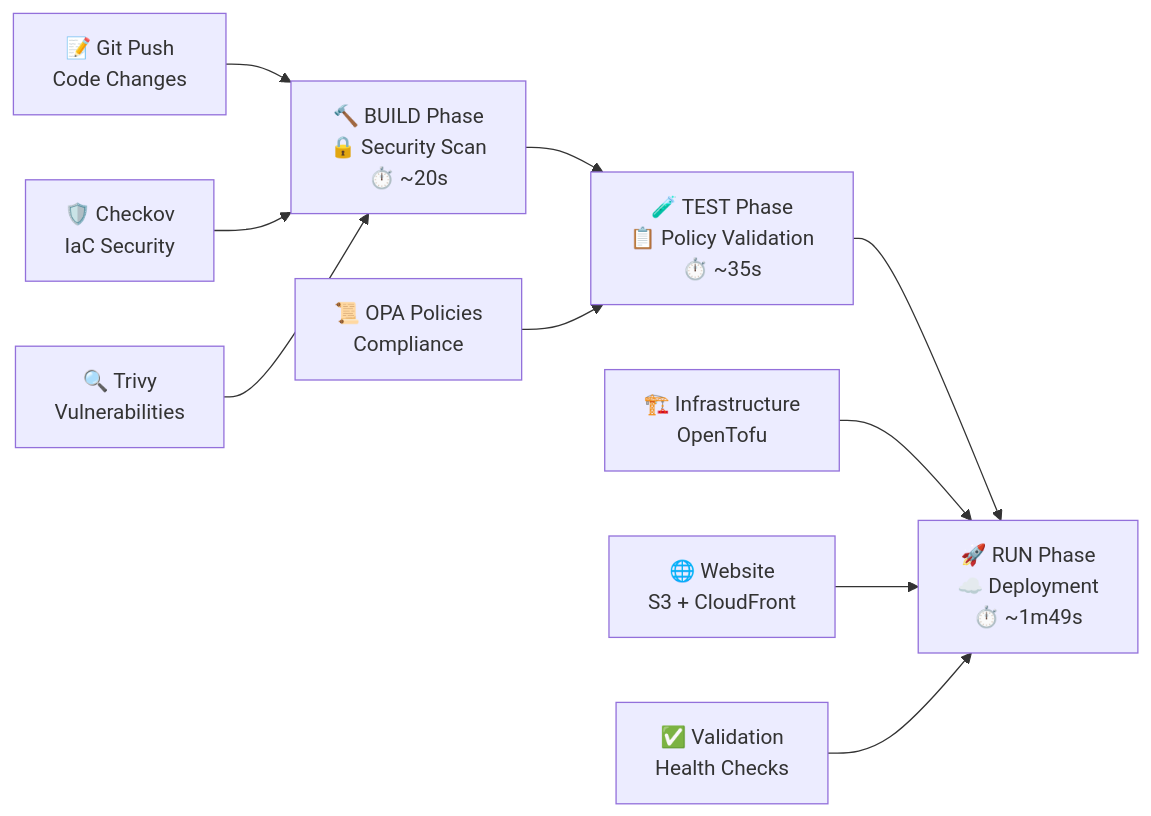
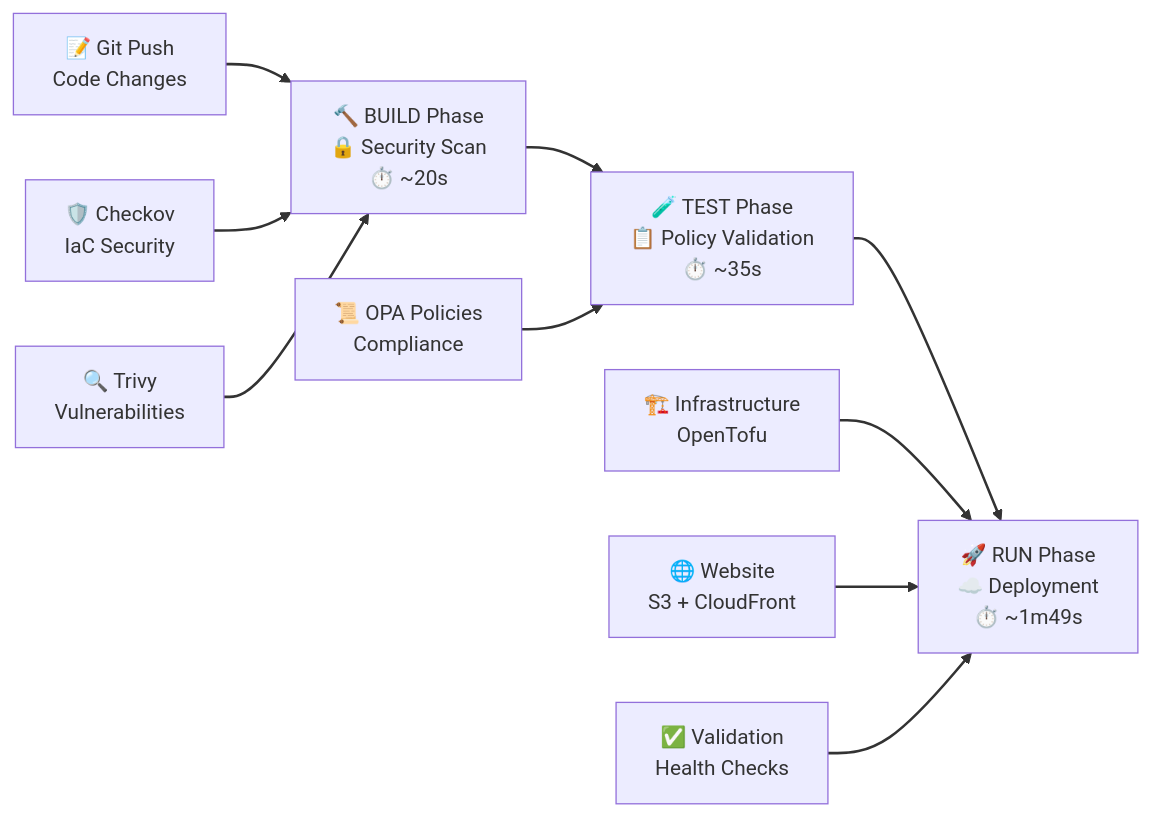
Before and after one commit to Celtikill/static-site: the second of 3 diagrams in README.md, drawn with Mermaid. The commit also changed other lines of this file and 17 other files, not shown here.

````diff
--- a/README.md
+++ b/README.md
@@ -134,13 +148,27 @@
 ```mermaid
+%%{init: {'theme':'default', 'themeVariables': {'fontSize':'16px'}}}%%
 graph LR
+    accTitle: Three-Phase CI/CD Pipeline with Security Gates
+    accDescr: Automated three-phase CI/CD pipeline implementing security-first deployment workflow with progressive quality gates. Phase 1 (BUILD ~20s) performs security scanning using Checkov for infrastructure-as-code security validation and Trivy for vulnerability detection, failing fast on critical issues before any deployment. Phase 2 (TEST ~35s) validates policy compliance using OPA/Rego policies for HIPAA, GDPR, and organizational standards, ensuring 100% compliance before promotion. Phase 3 (RUN ~1m49s) orchestrates deployment through OpenTofu for infrastructure provisioning, S3 and CloudFront for website deployment, and comprehensive health check validation. The pipeline implements fail-fast principles with each phase gating the next, creating an audit trail of security decisions. Total end-to-end execution time of approximately 3 minutes provides rapid feedback while maintaining security rigor. This approach ensures vulnerabilities are caught early in development, reducing remediation costs and preventing security issues from reaching production environments.
+
     A["📝 Git Push<br/>Code Changes"] --> B["🔨 BUILD Phase<br/>🔒 Security Scan<br/>⏱️ ~20s"]
     B --> C["🧪 TEST Phase<br/>📋 Policy Validation<br/>⏱️ ~35s"]
     C --> D["🚀 RUN Phase<br/>☁️ Deployment<br/>⏱️ ~1m49s"]
 
     B1["🛡️ Checkov<br/>IaC Security"] --> B
     B2["🔍 Trivy<br/>Vulnerabilities"] --> B
     C1["📜 OPA Policies<br/>Compliance"] --> C
     D1["🏗️ Infrastructure<br/>OpenTofu"] --> D
     D2["🌐 Website<br/>S3 + CloudFront"] --> D
     D3["✅ Validation<br/>Health Checks"] --> D
+
+    linkStyle 0 stroke:#333333,stroke-width:2px
+    linkStyle 1 stroke:#333333,stroke-width:2px
+    linkStyle 2 stroke:#333333,stroke-width:2px
+    linkStyle 3 stroke:#333333,stroke-width:2px
+    linkStyle 4 stroke:#333333,stroke-width:2px
+    linkStyle 5 stroke:#333333,stroke-width:2px
+    linkStyle 6 stroke:#333333,stroke-width:2px
+    linkStyle 7 stroke:#333333,stroke-width:2px
+    linkStyle 8 stroke:#333333,stroke-width:2px
 ```
````
